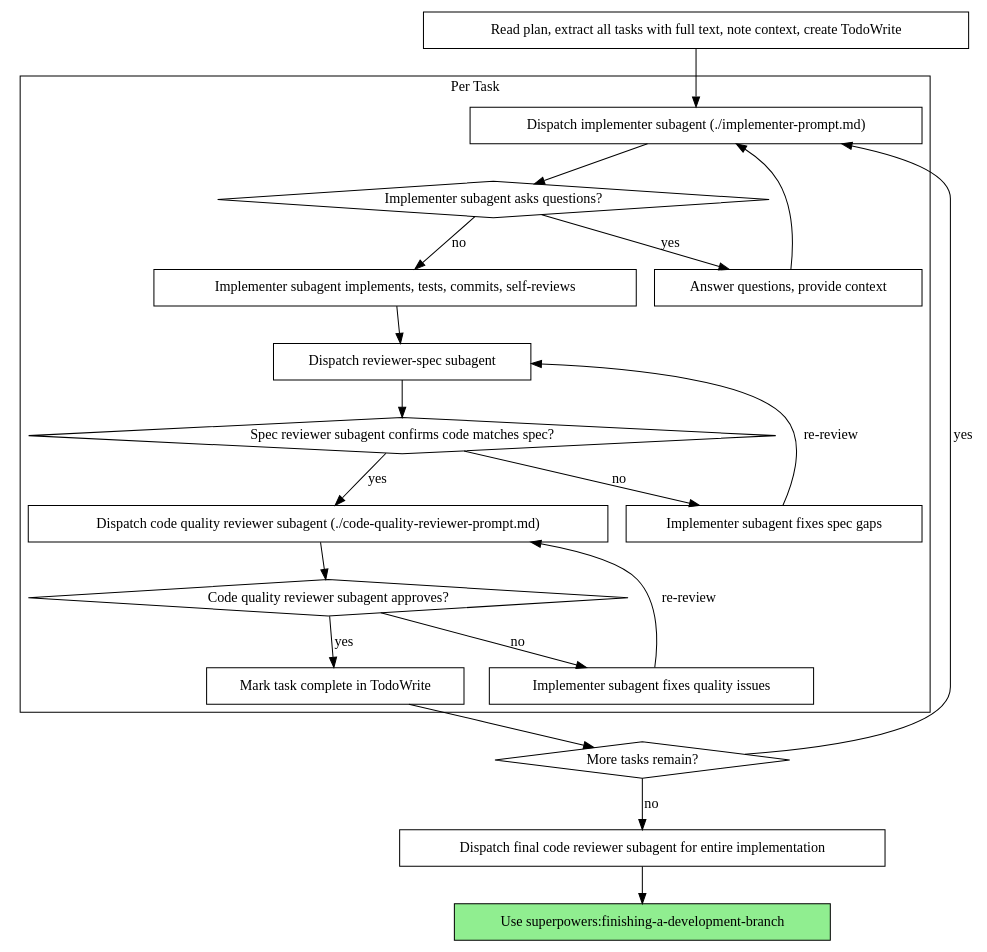
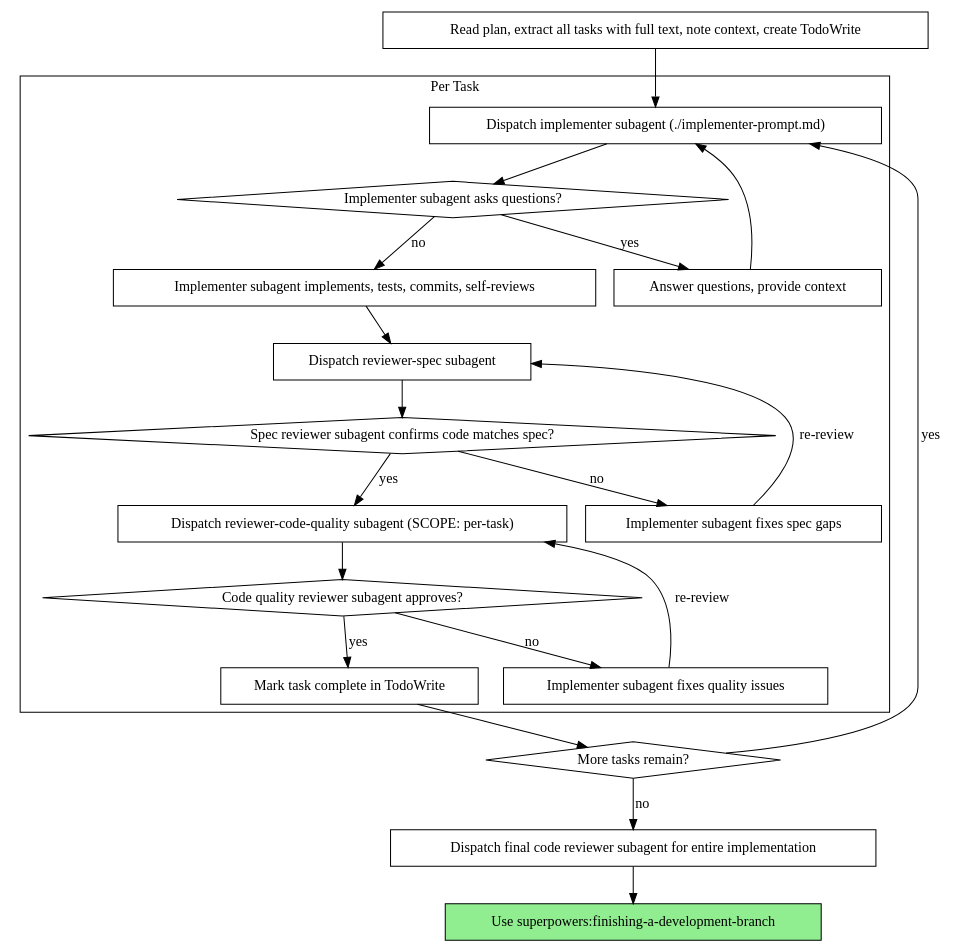
One commit to mabry-prv/superpowers changed the second of 2 diagrams in skills/subagent-driven-development/SKILL.md. Above: the diagram before and after it, drawn with Graphviz. The commit also changed other lines of this file and 4 other files, not shown here.

First line of the commit message:
refactor: dispatch reviewer-code-quality by subagent_type at both scopes

````diff
--- a/skills/subagent-driven-development/SKILL.md
+++ b/skills/subagent-driven-development/SKILL.md
@@ -44,44 +44,44 @@
 ```dot
 digraph process {
     rankdir=TB;
 
     subgraph cluster_per_task {
         label="Per Task";
         "Dispatch implementer subagent (./implementer-prompt.md)" [shape=box];
         "Implementer subagent asks questions?" [shape=diamond];
         "Answer questions, provide context" [shape=box];
         "Implementer subagent implements, tests, commits, self-reviews" [shape=box];
         "Dispatch reviewer-spec subagent" [shape=box];
         "Spec reviewer subagent confirms code matches spec?" [shape=diamond];
         "Implementer subagent fixes spec gaps" [shape=box];
-        "Dispatch code quality reviewer subagent (./code-quality-reviewer-prompt.md)" [shape=box];
+        "Dispatch reviewer-code-quality subagent (SCOPE: per-task)" [shape=box];
         "Code quality reviewer subagent approves?" [shape=diamond];
         "Implementer subagent fixes quality issues" [shape=box];
         "Mark task complete in TodoWrite" [shape=box];
     }
 
     "Read plan, extract all tasks with full text, note context, create TodoWrite" [shape=box];
     "More tasks remain?" [shape=diamond];
     "Dispatch final code reviewer subagent for entire implementation" [shape=box];
     "Use superpowers:finishing-a-development-branch" [shape=box style=filled fillcolor=lightgreen];
 
     "Read plan, extract all tasks with full text, note context, create TodoWrite" -> "Dispatch implementer subagent (./implementer-prompt.md)";
     "Dispatch implementer subagent (./implementer-prompt.md)" -> "Implementer subagent asks questions?";
     "Implementer subagent asks questions?" -> "Answer questions, provide context" [label="yes"];
     "Answer questions, provide context" -> "Dispatch implementer subagent (./implementer-prompt.md)";
     "Implementer subagent asks questions?" -> "Implementer subagent implements, tests, commits, self-reviews" [label="no"];
     "Implementer subagent implements, tests, commits, self-reviews" -> "Dispatch reviewer-spec subagent";
     "Dispatch reviewer-spec subagent" -> "Spec reviewer subagent confirms code matches spec?";
     "Spec reviewer subagent confirms code matches spec?" -> "Implementer subagent fixes spec gaps" [label="no"];
     "Implementer subagent fixes spec gaps" -> "Dispatch reviewer-spec subagent" [label="re-review"];
-    "Spec reviewer subagent confirms code matches spec?" -> "Dispatch code quality reviewer subagent (./code-quality-reviewer-prompt.md)" [label="yes"];
-    "Dispatch code quality reviewer subagent (./code-quality-reviewer-prompt.md)" -> "Code quality reviewer subagent approves?";
+    "Spec reviewer subagent confirms code matches spec?" -> "Dispatch reviewer-code-quality subagent (SCOPE: per-task)" [label="yes"];
+    "Dispatch reviewer-code-quality subagent (SCOPE: per-task)" -> "Code quality reviewer subagent approves?";
     "Code quality reviewer subagent approves?" -> "Implementer subagent fixes quality issues" [label="no"];
-    "Implementer subagent fixes quality issues" -> "Dispatch code quality reviewer subagent (./code-quality-reviewer-prompt.md)" [label="re-review"];
+    "Implementer subagent fixes quality issues" -> "Dispatch reviewer-code-quality subagent (SCOPE: per-task)" [label="re-review"];
     "Code quality reviewer subagent approves?" -> "Mark task complete in TodoWrite" [label="yes"];
     "Mark task complete in TodoWrite" -> "More tasks remain?";
     "More tasks remain?" -> "Dispatch implementer subagent (./implementer-prompt.md)" [label="yes"];
     "More tasks remain?" -> "Dispatch final code reviewer subagent for entire implementation" [label="no"];
     "Dispatch final code reviewer subagent for entire implementation" -> "Use superpowers:finishing-a-development-branch";
 }
 ```
````
